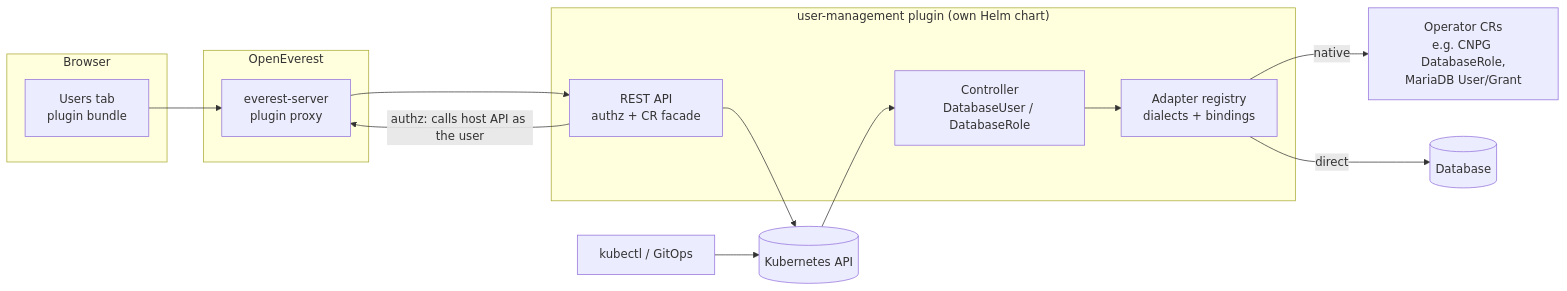
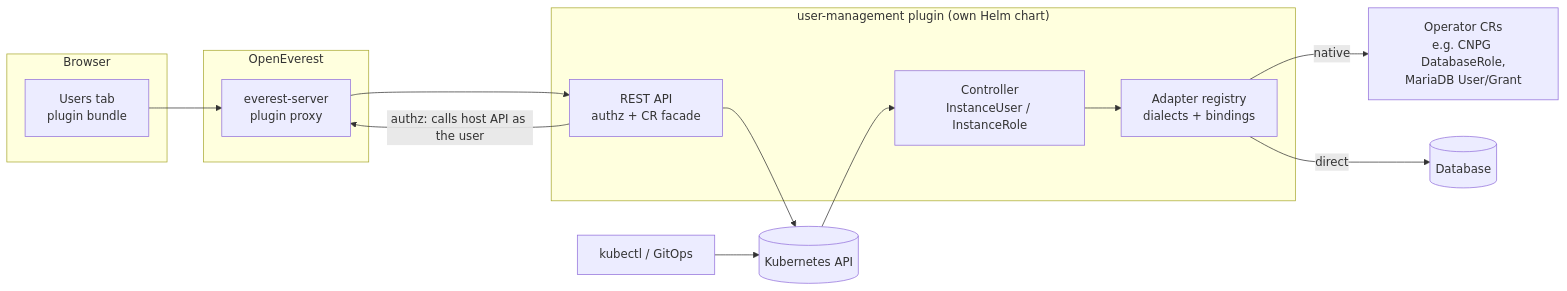
The diagram in specs/008-user-management.md (openeverest/specs), drawn with Mermaid before and after one commit. The commit also changed other lines of this file, not shown here.

First line of the commit message:
spec(008): rename to InstanceUser/InstanceRole and add model API keys

````diff
--- a/specs/008-user-management.md
+++ b/specs/008-user-management.md
@@ -109,25 +112,25 @@
 ```mermaid
 graph LR
   subgraph Browser
     UI[Users tab<br/>plugin bundle]
   end
   subgraph OpenEverest
     API[everest-server<br/>plugin proxy]
   end
   subgraph Plugin["user-management plugin (own Helm chart)"]
     REST[REST API<br/>authz + CR facade]
-    CTRL[Controller<br/>DatabaseUser / DatabaseRole]
+    CTRL[Controller<br/>InstanceUser / InstanceRole]
     REG[Adapter registry<br/>dialects + bindings]
   end
   K[(Kubernetes API)]
   OP[Operator CRs<br/>e.g. CNPG DatabaseRole,<br/>MariaDB User/Grant]
   DB[(Database)]
 
   UI --> API --> REST
   REST -- "authz: calls host API as the user" --> API
   REST --> K
   KUBECTL[kubectl / GitOps] --> K
   K --> CTRL --> REG
   REG -- native --> OP
   REG -- direct --> DB
 ```
````
